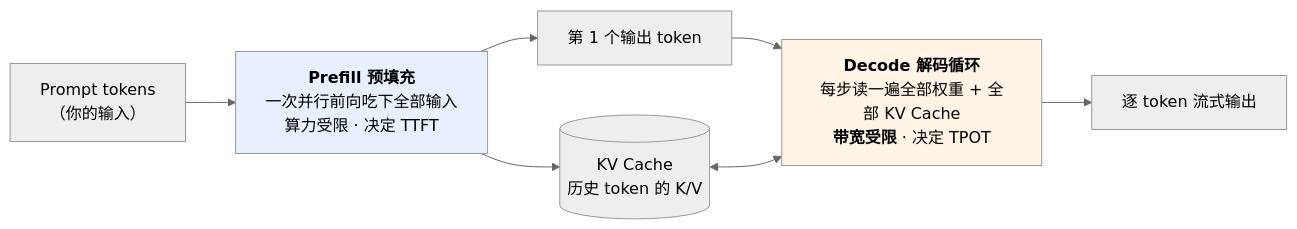
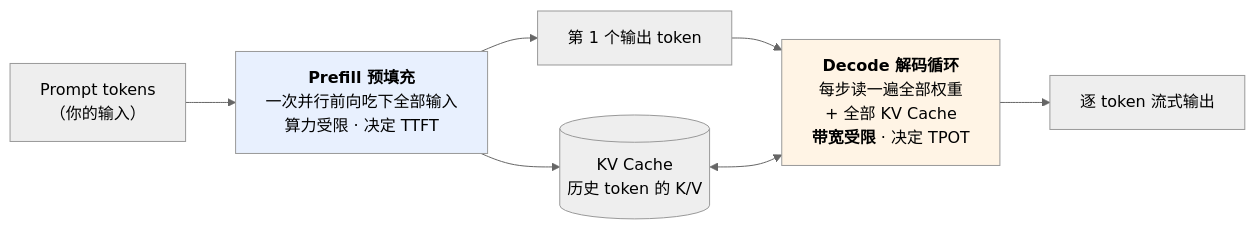
The diagram in ai/llm-fundamentals/08-inference-engine.zh.md (geekchow/technical-knowledge), drawn with Mermaid (neutral theme) before and after one commit. The commit also changed 9 other files, not shown here.

Commit message:
fix mermaid label store issue.

````diff
--- a/ai/llm-fundamentals/08-inference-engine.zh.md
+++ b/ai/llm-fundamentals/08-inference-engine.zh.md
@@ -32,12 +32,12 @@
 ```mermaid
 flowchart LR
     P["Prompt tokens<br/>（你的输入）"] --> PF["<b>Prefill 预填充</b><br/>一次并行前向吃下全部输入<br/>算力受限 · 决定 TTFT"]
     PF --> KV[("KV Cache<br/>历史 token 的 K/V")]
     PF --> T1["第 1 个输出 token"]
-    T1 --> DC["<b>Decode 解码循环</b><br/>每步读一遍全部权重 + 全部 KV Cache<br/><b>带宽受限</b> · 决定 TPOT"]
+    T1 --> DC["<b>Decode 解码循环</b><br/>每步读一遍全部权重<br/>+ 全部 KV Cache<br/><b>带宽受限</b> · 决定 TPOT"]
     KV <--> DC
     DC --> OUT["逐 token 流式输出"]
 
     style PF fill:#e8f0fe
     style DC fill:#fff4e5
 ```
````
